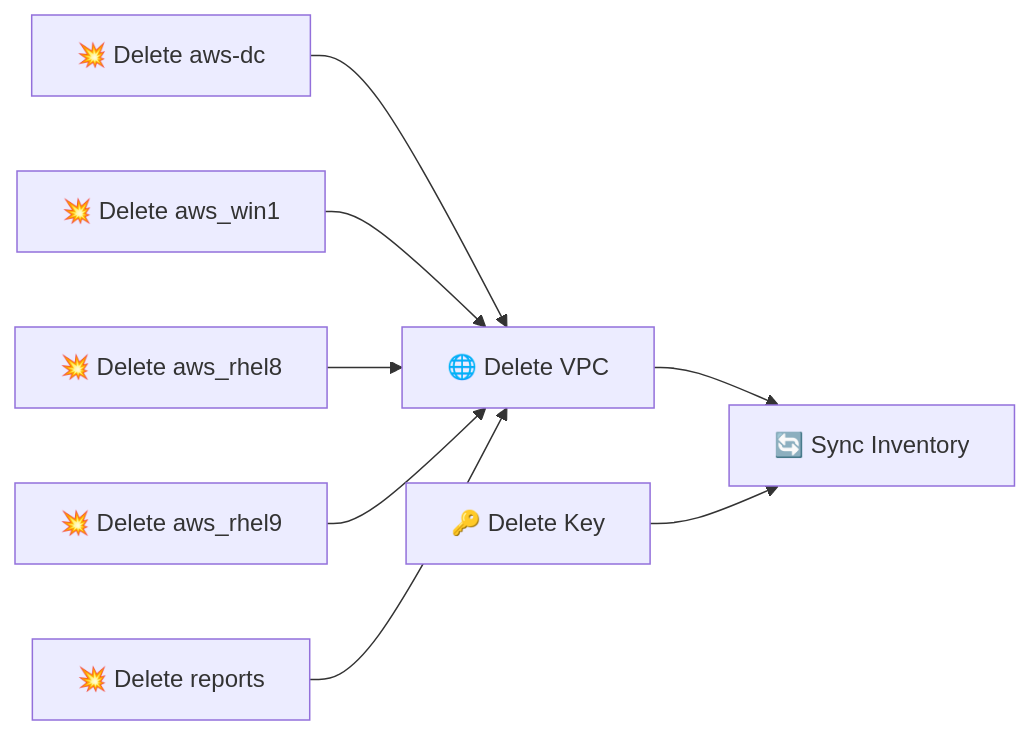
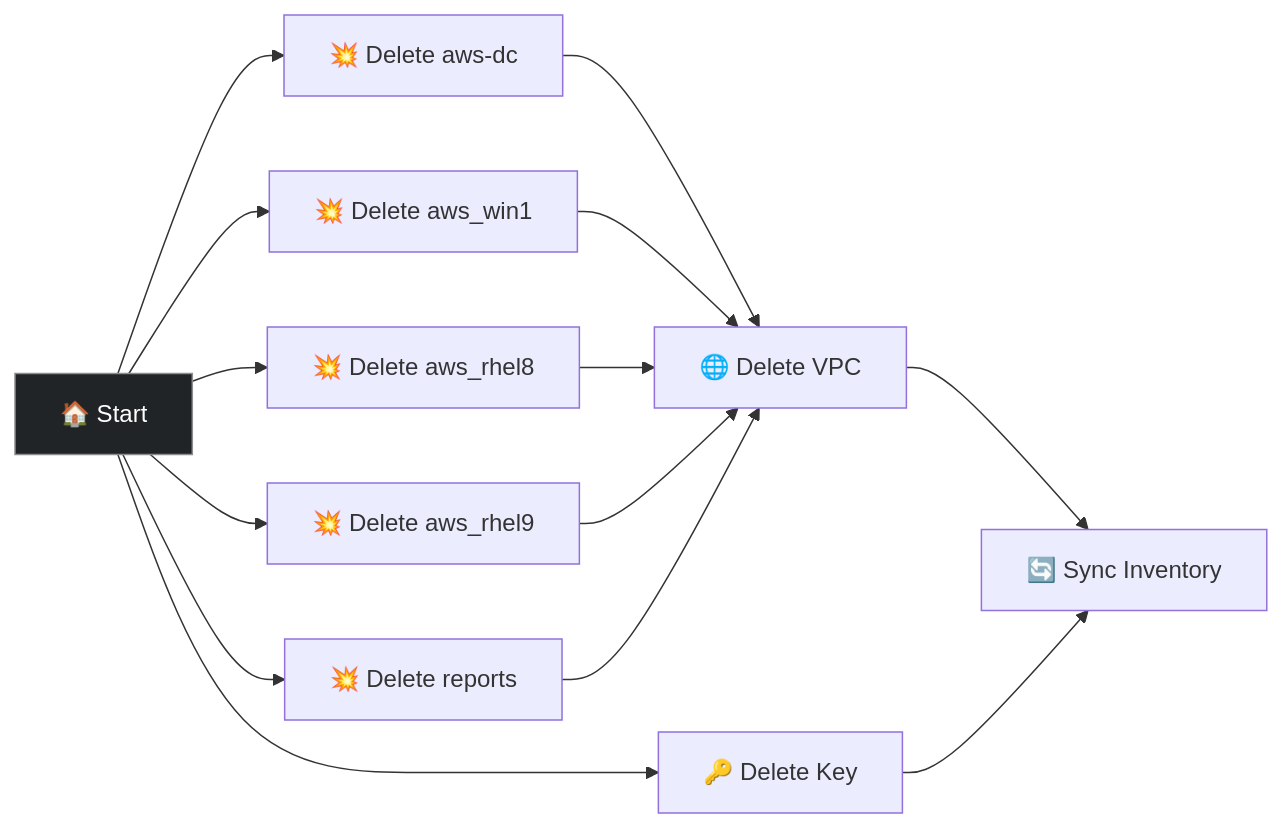
Before and after one commit to ansible/product-demos: the diagram in cloud/docs/cloud-destroy-stack.md, drawn with Mermaid. The commit also changed 9 other files, not shown here.

First line of the commit message:
docs: add AAP-style Start node to all workflow Mermaid diagrams

````diff
--- a/cloud/docs/cloud-destroy-stack.md
+++ b/cloud/docs/cloud-destroy-stack.md
@@ -19,10 +19,18 @@
 ```mermaid
 graph LR
+  S["🏠 Start"]
+  S --> A
+  S --> B
+  S --> C
+  S --> D
+  S --> E
+  S --> G
   A["💥 Delete aws-dc"] --> F["🌐 Delete VPC"]
   B["💥 Delete aws_win1"] --> F
   C["💥 Delete aws_rhel8"] --> F
   D["💥 Delete aws_rhel9"] --> F
   E["💥 Delete reports"] --> F
   F --> H["🔄 Sync Inventory"]
   G["🔑 Delete Key"] --> H
+  style S fill:#212427,stroke:#8a8d90,color:#fff
 ```
````
